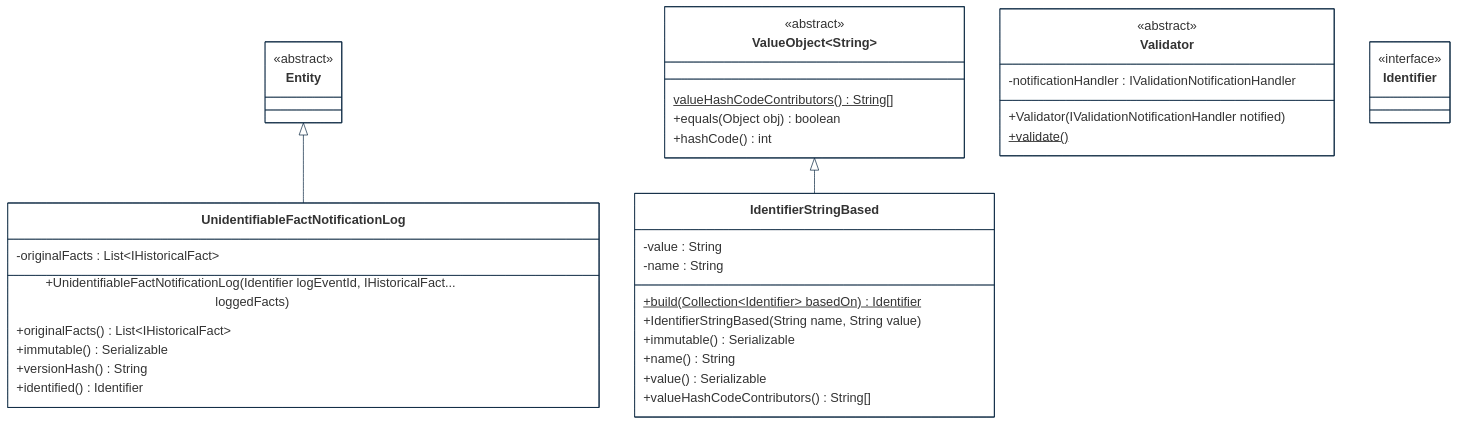
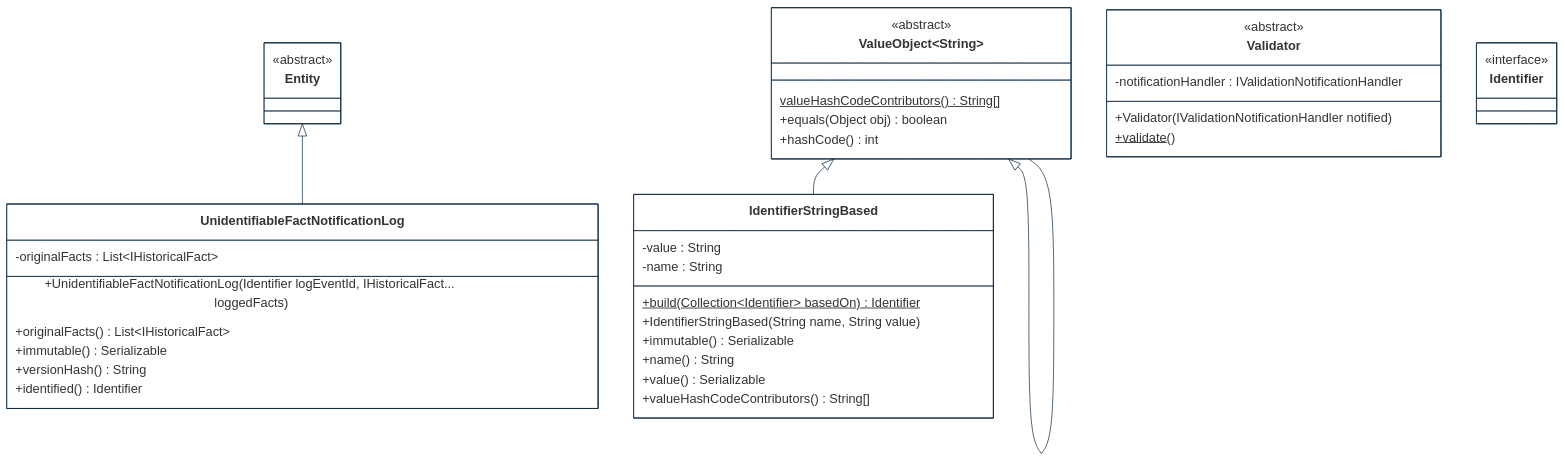
The third of 8 diagrams in implementations-line/framework/domain/designview-packages.md (cybnity/foundation), drawn with Mermaid before and after one commit.

````diff
--- a/implementations-line/framework/domain/designview-packages.md
+++ b/implementations-line/framework/domain/designview-packages.md
@@ -157,60 +157,61 @@
 ```mermaid
 %%{
   init: {
     'theme': 'base',
     'themeVariables': {
         'background': '#ffffff',
         'fontFamily': 'arial',
         'fontSize': '18px',
         'primaryColor': '#fff',
         'primaryBorderColor': '#0e2a43',
         'secondaryBorderColor': '#0e2a43',
         'tertiaryBorderColor': '#0e2a43',
         'edgeLabelBackground':'#0e2a43',
         'lineColor': '#0e2a43',
         'tertiaryColor': '#fff'
     }
   }
 }%%
 classDiagram
     Entity <|-- UnidentifiableFactNotificationLog
     ValueObject~String~ <|-- IdentifierStringBased
+    ValueObject~T~ <|-- ValueObject~String~
 
     class UnidentifiableFactNotificationLog {
         -originalFacts : List~IHistoricalFact~
         +UnidentifiableFactNotificationLog(Identifier logEventId, IHistoricalFact... loggedFacts)
         +originalFacts() List~IHistoricalFact~
         +immutable() Serializable
         +versionHash() String
         +identified() Identifier
     }
     class Entity {
         <<abstract>>
     }
     class Validator {
         <<abstract>>
         -notificationHandler : IValidationNotificationHandler
         +Validator(IValidationNotificationHandler notified)
         +validate()$
     }
     class Identifier {
         <<interface>>
     }
     class IdentifierStringBased {
         -value : String
         -name : String
         +build(Collection~Identifier~ basedOn)$ Identifier
         +IdentifierStringBased(String name, String value)
         +immutable() Serializable
         +name() String
         +value() Serializable
         +valueHashCodeContributors() String[]
     }
     class ValueObject~T~ {
         <<abstract>>
         valueHashCodeContributors()$ String[]
         +equals(Object obj) boolean
         +hashCode() int
     }
 
 ```
````
